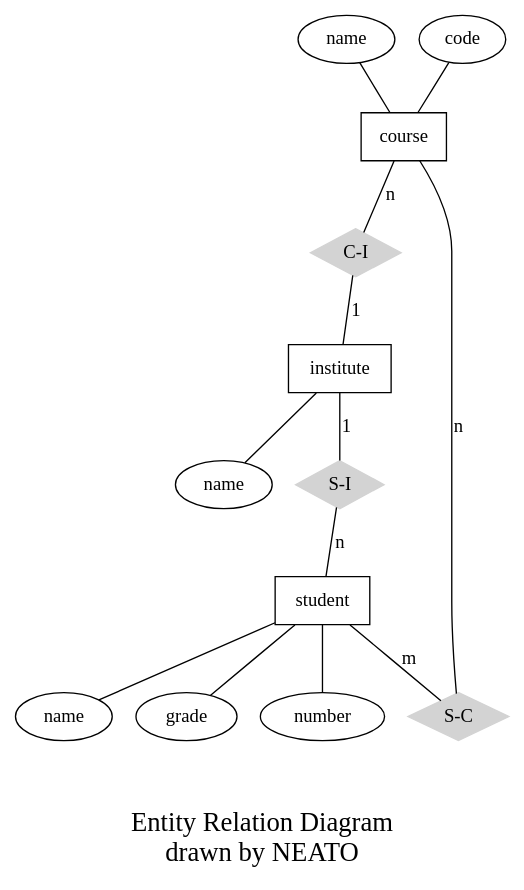
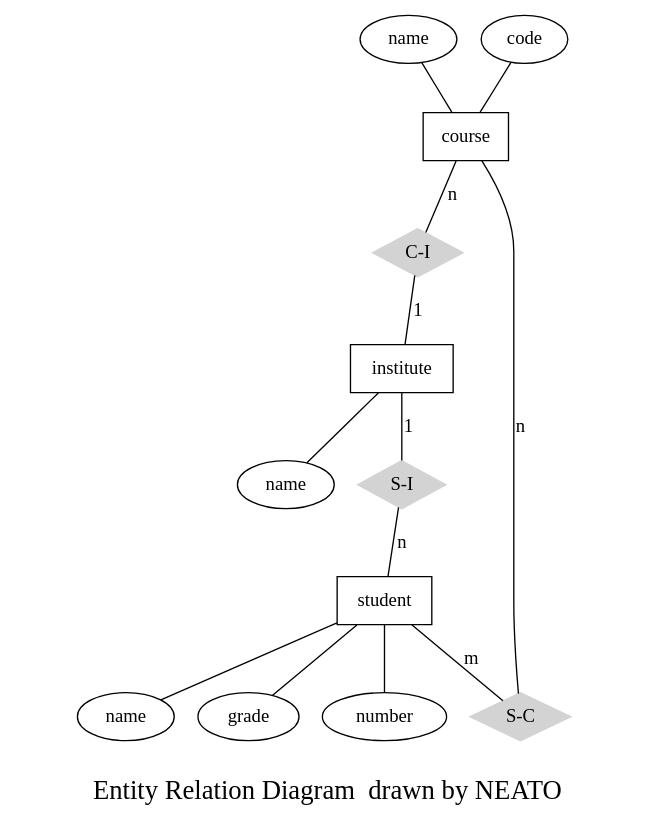
The diagram in data/90.ER.gv (graphviz-perl/GraphViz2-Marpa), drawn with Graphviz before and after one commit. The commit also changed 3 other files, not shown here.

```diff
--- a/data/90.ER.gv
+++ b/data/90.ER.gv
@@ -1,22 +1,23 @@
 graph ER {
 	node [shape=box]; course; institute; student;
 	node [shape=ellipse]; {node [label="name"] name0; name1; name2;}
 		code; grade; number;
 	node [shape=diamond,style=filled,color=lightgrey]; "C-I"; "S-C"; "S-I";
 
 	name0 -- course;
 	code -- course;
 	course -- "C-I" [label="n",len=1.00];
 	"C-I" -- institute [label="1",len=1.00];
 	institute -- name1;
 	institute -- "S-I" [label="1",len=1.00];
 	"S-I" -- student [label="n",len=1.00];
 	student -- grade;
 	student -- name2;
 	student -- number;
 	student -- "S-C" [label="m",len=1.00];
 	"S-C" -- course [label="n",len=1.00];
 
-	label = "\n\nEntity Relation Diagram\ndrawn by NEATO";
+#	label = "\n\nEntity Relation Diagram\ndrawn by NEATO";
+	label = "\n  Entity Relation Diagram  drawn by NEATO";
 	fontsize=20;
 }
```
